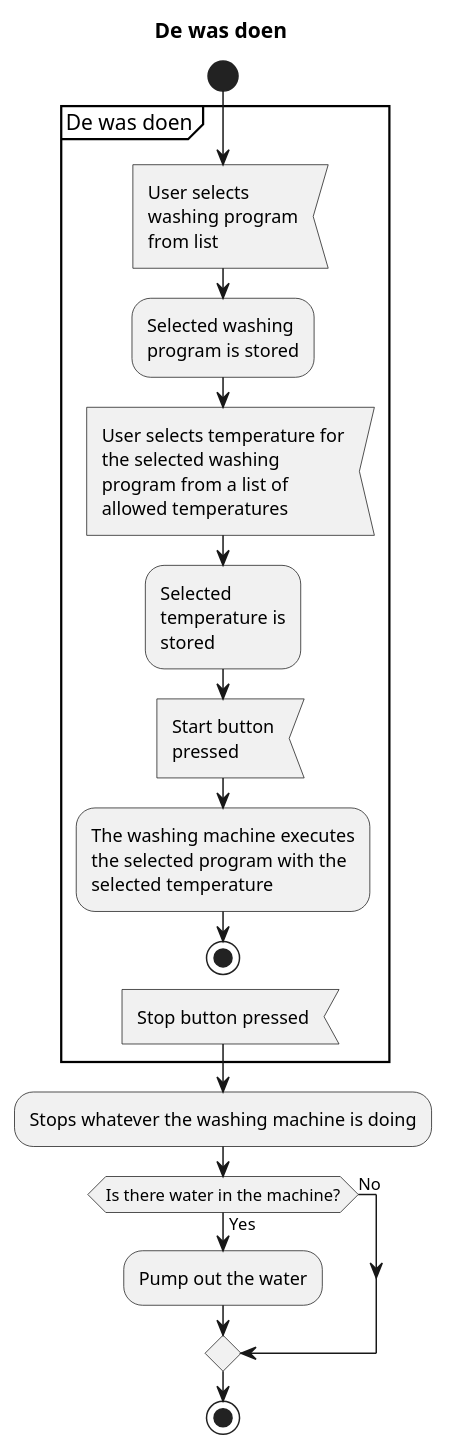
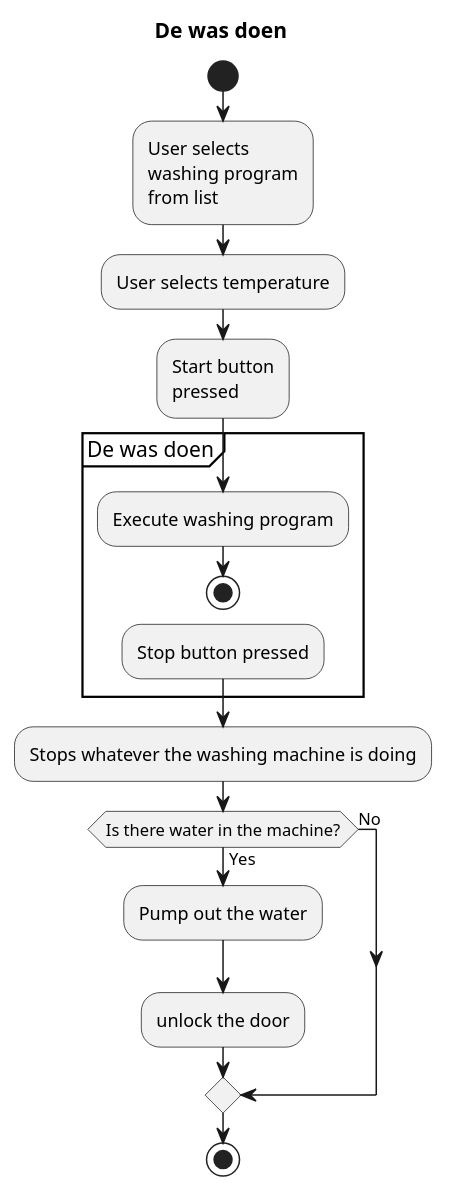
The first of 5 diagrams in Documentatie/Source/Modellen/activitydiagram.puml (martijnvandijk/th06), drawn with PlantUML before and after one commit. The commit also changed other lines of this file, not shown here.

Commit message:
edited activity diagram

```diff
--- a/Documentatie/Source/Modellen/activitydiagram.puml
+++ b/Documentatie/Source/Modellen/activitydiagram.puml
@@ -1,40 +1,27 @@
 @startuml
 title De was doen
 
 start
-partition "De was doen" {
-
 :User selects
 washing program
-from list<
+from list;
 
-:Selected washing
-program is stored;
-
-:User selects temperature for
-the selected washing
-program from a list of
-allowed temperatures<
-
-:Selected
-temperature is
-stored;
+:User selects temperature;
 
 :Start button
-pressed<
-
-:The washing machine executes
-the selected program with the
-selected temperature;
+pressed;
+partition "De was doen" {
+:Execute washing program;
 stop
 
-:Stop button pressed<
+:Stop button pressed;
 }
 
 :Stops whatever the washing machine is doing;
 if (Is there water in the machine?) then (Yes)
 	:Pump out the water;
+	:unlock the door;
 else (No)
 endif
 stop
 @enduml
```
